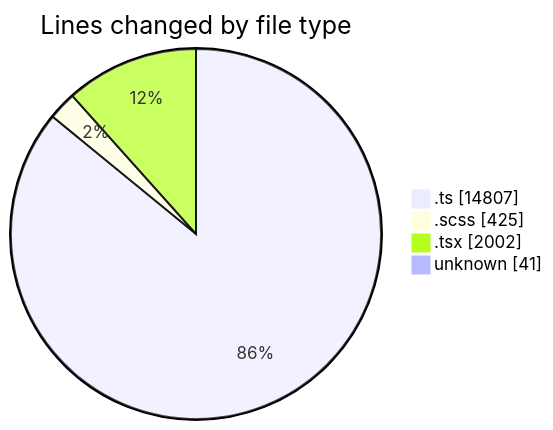
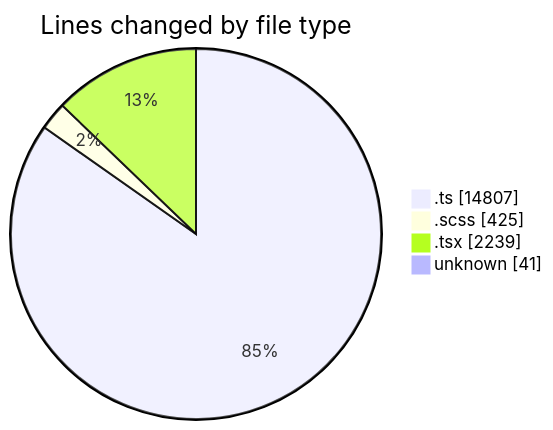
The first of 2 diagrams in 2025-08-27/cda/README.md (momahboobian/code-tracking), drawn with Mermaid before and after one commit. The commit also changed other lines of this file and 1 other file, not shown here.

````diff
--- a/2025-08-27/cda/README.md
+++ b/2025-08-27/cda/README.md
@@ -33,8 +34,8 @@
 ```mermaid
 pie showData
 title Lines changed by file type
 ".ts" : 14807
 ".scss" : 425
-".tsx" : 2002
+".tsx" : 2239
 "unknown" : 41
 ```
````
